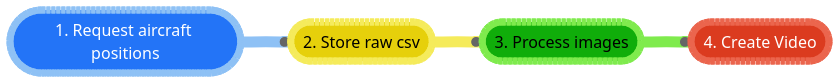
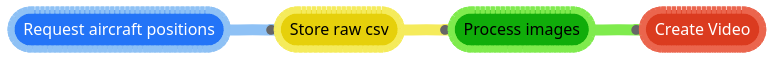
One commit to Filpill/blog-web changed the diagram in content/projects/2024-05-21-flight-tracking.md. Above: the diagram before and after it, drawn with Mermaid (neutral theme). The commit also changed other lines of this file and 3 other files, not shown here.

```diff
--- a/content/projects/2024-05-21-flight-tracking.md
+++ b/content/projects/2024-05-21-flight-tracking.md
@@ -43,13 +45,13 @@
 {{<mermaid>}}
 graph LR;
     classDef blue fill:#2374f7,stroke:#8ec1f5,stroke-width:7px, color:#fff,stroke-dasharray: 4 1
     classDef yellow fill:#e6d00b,stroke:#f5eb5b,stroke-width:7px, color:#000,stroke-dasharray: 4 1
     classDef green fill:#10ad0a,stroke:#7feb4d,stroke-width:7px, color:#000,stroke-dasharray: 4 1
     classDef red fill:#db3b1f,stroke:#eb654d,stroke-width:7px, color:#fff,stroke-dasharray: 4 1
 
-    1([1. Request aircraft positions]):::blue --o 2([2. Store raw csv]):::yellow--o3([3. Process images]):::green--o4([4. Create Video]):::red
+    1([Request aircraft positions]):::blue --o 2([Store raw csv]):::yellow--o3([Process images]):::green--o4([Create Video]):::red
 
     linkStyle 0 stroke:#8ec1f5,stroke-width:11px
     linkStyle 1 stroke:#f5eb5b,stroke-width:11px
     linkStyle 2 stroke:#7feb4d,stroke-width:11px
 {{</mermaid>}}
```
